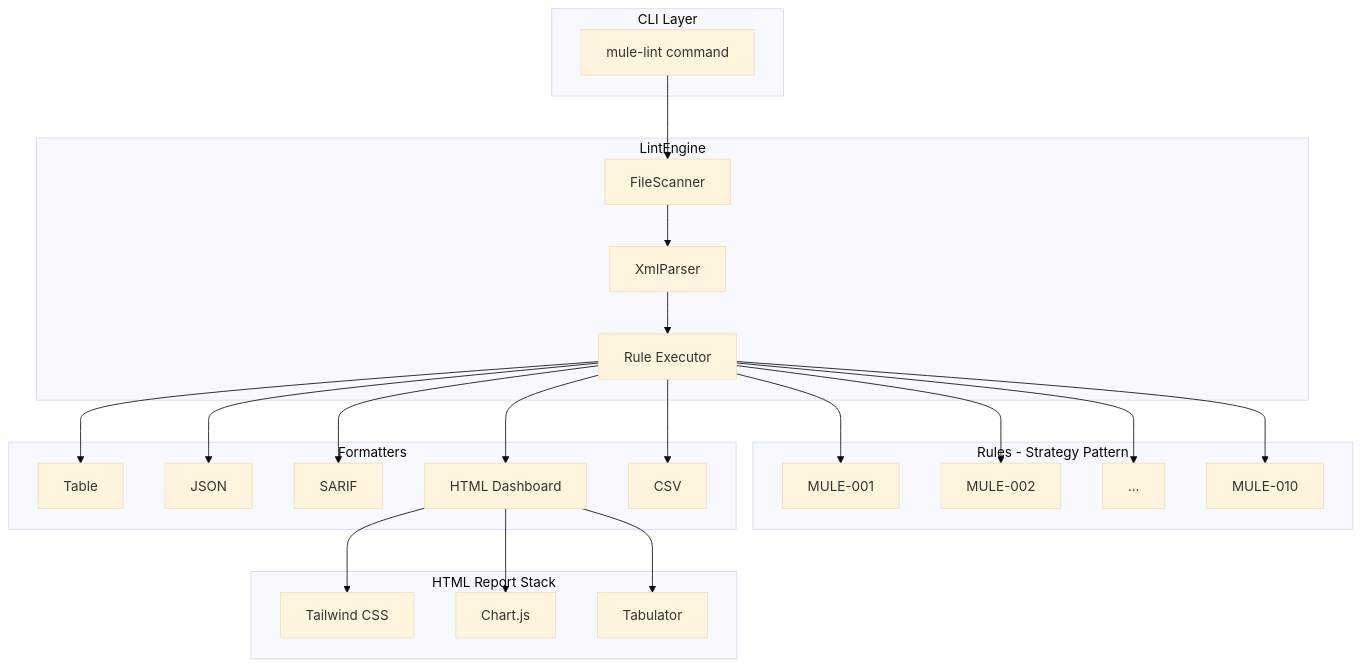
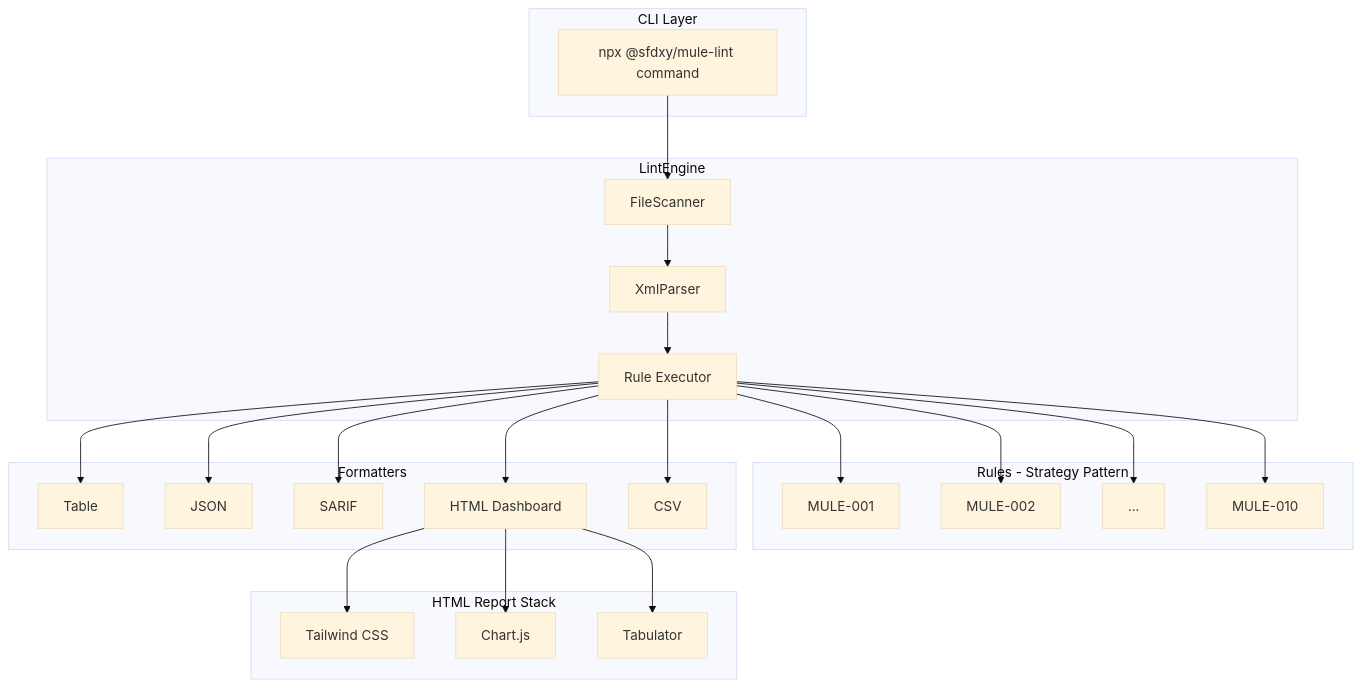
Before and after one commit to Avinava/mule-lint: the first of 2 diagrams in README.md, drawn with Mermaid (base theme). The commit also changed other lines of this file and 1 other file, not shown here.

First line of the commit message:
docs: update README commands to use @sfdxy/mule-lint package name

````diff
--- a/README.md
+++ b/README.md
@@ -31,39 +31,39 @@
 ```mermaid
 flowchart TB
     subgraph CLI["CLI Layer"]
-        A[mule-lint command]
+        A[npx @sfdxy/mule-lint command]
     end
     
     subgraph Engine["LintEngine"]
         B[FileScanner] --> C[XmlParser]
         C --> D[Rule Executor]
     end
     
     subgraph Rules["Rules - Strategy Pattern"]
         D --> E[MULE-001]
         D --> F[MULE-002]
         D --> G[...]
         D --> H[MULE-010]
     end
     
     subgraph Output["Formatters"]
         I[Table]
         J[JSON]
         K[SARIF]
         L[HTML Dashboard]
         M[CSV]
     end
     
     subgraph HTMLStack["HTML Report Stack"]
         L --> N[Tailwind CSS]
         L --> O[Chart.js]
         L --> P[Tabulator]
     end
     
     A --> B
     D --> I
     D --> J
     D --> K
     D --> L
     D --> M
 ```
````
